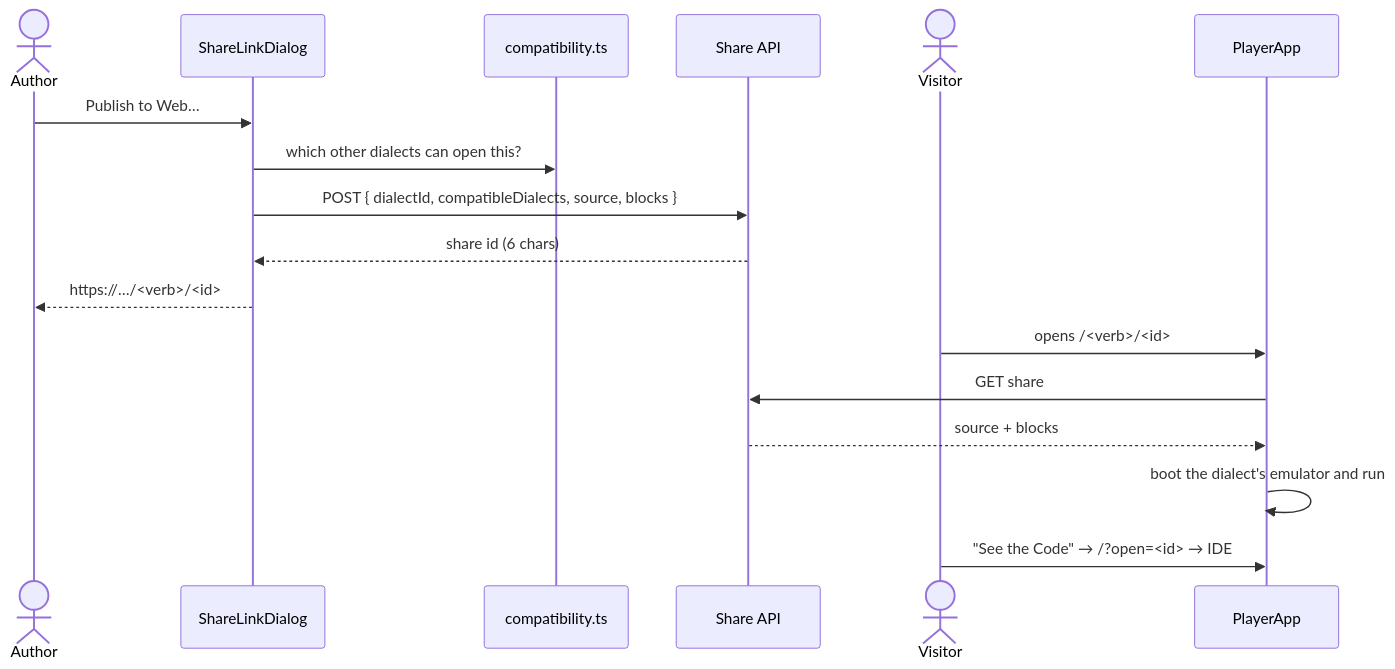
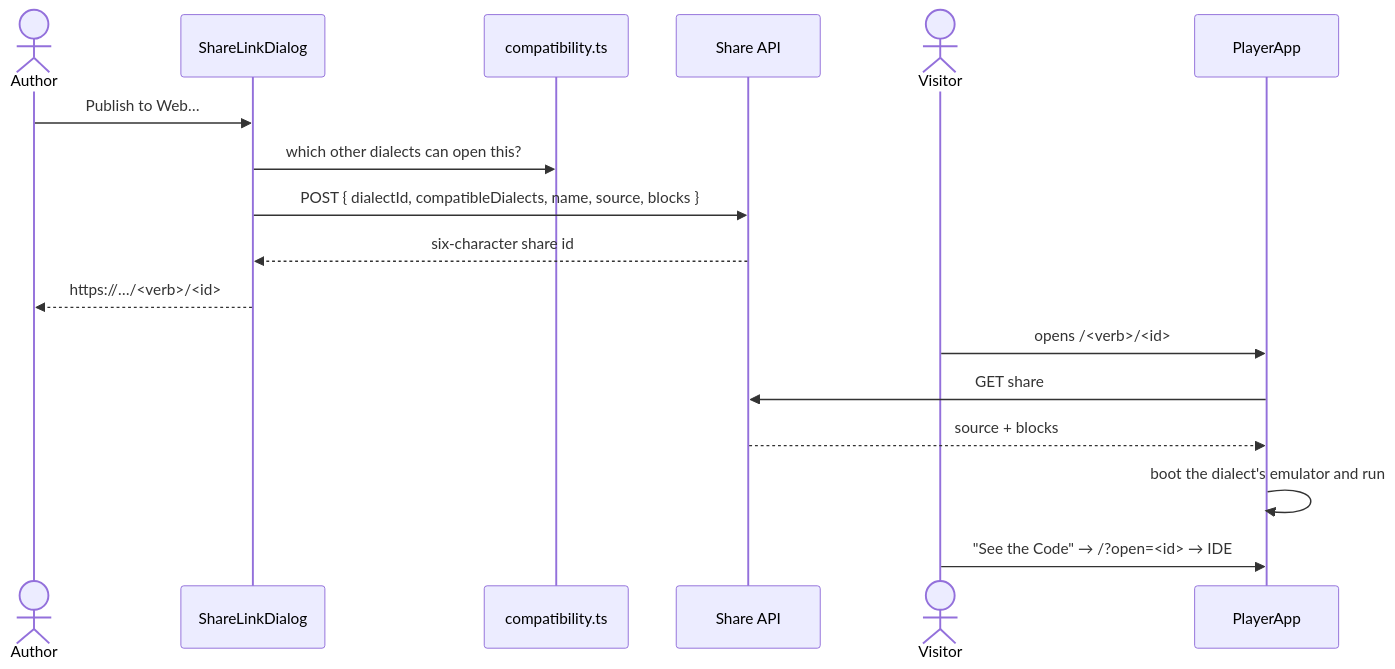
Diagram 11 of 12 in docs/contributing/architecture.md (seanhodges/basically), drawn with Mermaid before and after one commit. The commit also changed other lines of this file and 4 other files, not shown here.

````diff
--- a/docs/contributing/architecture.md
+++ b/docs/contributing/architecture.md
@@ -851,20 +635,20 @@
 ```mermaid
 sequenceDiagram
   actor A as Author
   participant SD as ShareLinkDialog
   participant CC as compatibility.ts
   participant API as Share API
   actor V as Visitor
   participant PL as PlayerApp
 
   A->>SD: Publish to Web…
   SD->>CC: which other dialects can open this?
-  SD->>API: POST { dialectId, compatibleDialects, source, blocks }
-  API-->>SD: share id (6 chars)
+  SD->>API: POST { dialectId, compatibleDialects, name, source, blocks }
+  API-->>SD: six-character share id
   SD-->>A: https://…/<verb>/<id>
   V->>PL: opens /<verb>/<id>
   PL->>API: GET share
   API-->>PL: source + blocks
   PL->>PL: boot the dialect's emulator and run
   V->>PL: "See the Code" → /?open=<id> → IDE
 ```
````
